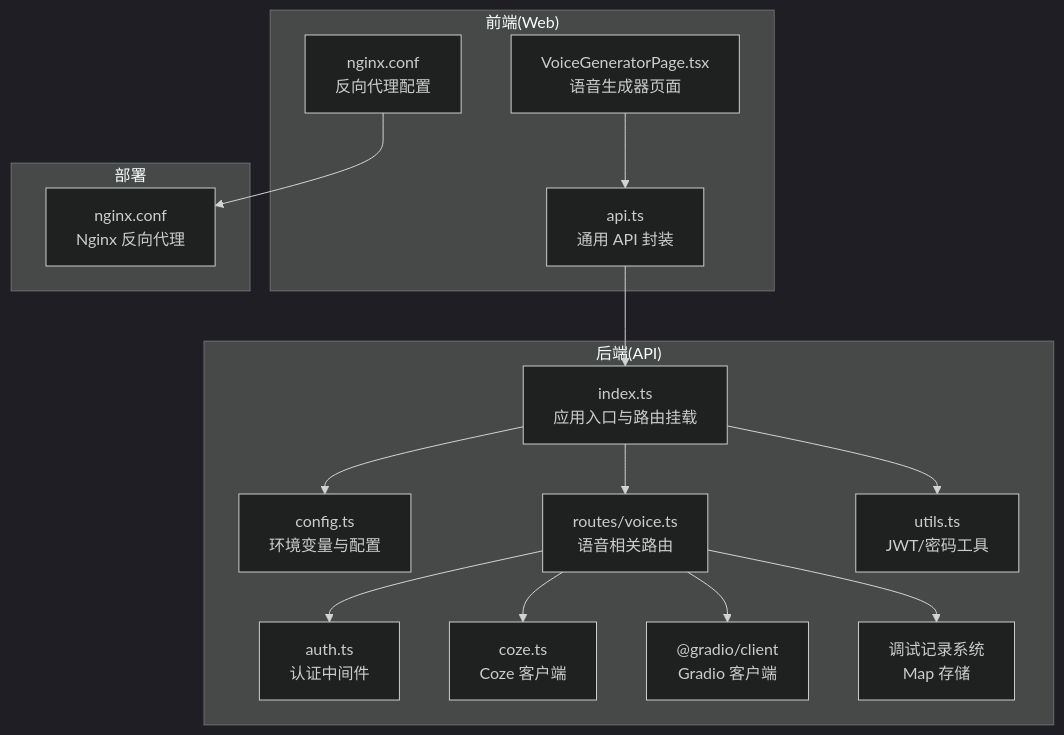
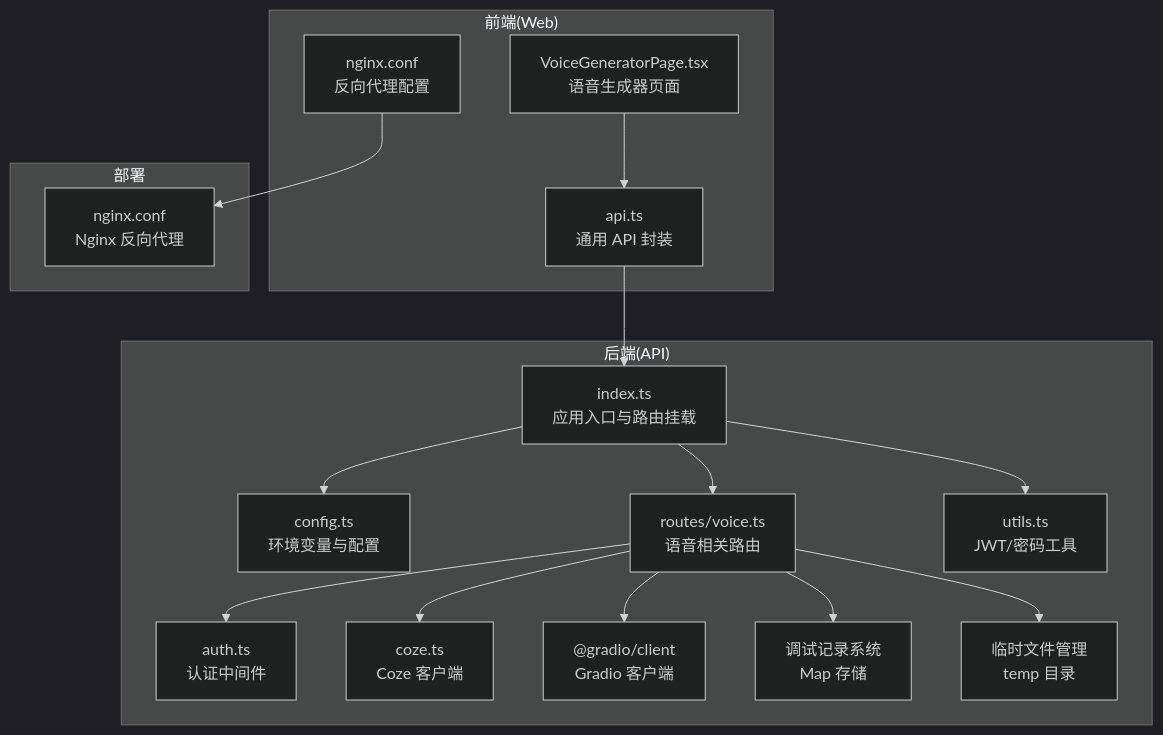
Before and after one commit to hanksd769-droid/sailshub: the first of 4 diagrams in .qoder/repowiki/zh/content/语音生成系统.md, drawn with Mermaid (dark theme). The commit also changed other lines of this file and 3 other files, not shown here.

````diff
--- a/.qoder/repowiki/zh/content/语音生成系统.md
+++ b/.qoder/repowiki/zh/content/语音生成系统.md
@@ -56,31 +58,33 @@
 ```mermaid
 graph TB
 subgraph "前端(Web)"
 WG["VoiceGeneratorPage.tsx<br/>语音生成器页面"]
 API["api.ts<br/>通用 API 封装"]
 NGINX["nginx.conf<br/>反向代理配置"]
 end
 subgraph "后端(API)"
 IDX["index.ts<br/>应用入口与路由挂载"]
 CFG["config.ts<br/>环境变量与配置"]
 AUTH["auth.ts<br/>认证中间件"]
 VOICE["routes/voice.ts<br/>语音相关路由"]
 COZE["coze.ts<br/>Coze 客户端"]
 UTIL["utils.ts<br/>JWT/密码工具"]
 GRADIO["@gradio/client<br/>Gradio 客户端"]
 DEBUG["调试记录系统<br/>Map 存储"]
+TEMP["临时文件管理<br/>temp 目录"]
 end
 subgraph "部署"
 NGINX_CFG["nginx.conf<br/>Nginx 反向代理"]
 end
 WG --> API
 API --> IDX
 IDX --> VOICE
 VOICE --> AUTH
 VOICE --> COZE
 VOICE --> GRADIO
 VOICE --> DEBUG
+VOICE --> TEMP
 IDX --> CFG
 IDX --> UTIL
 NGINX --> NGINX_CFG
 ```
````
